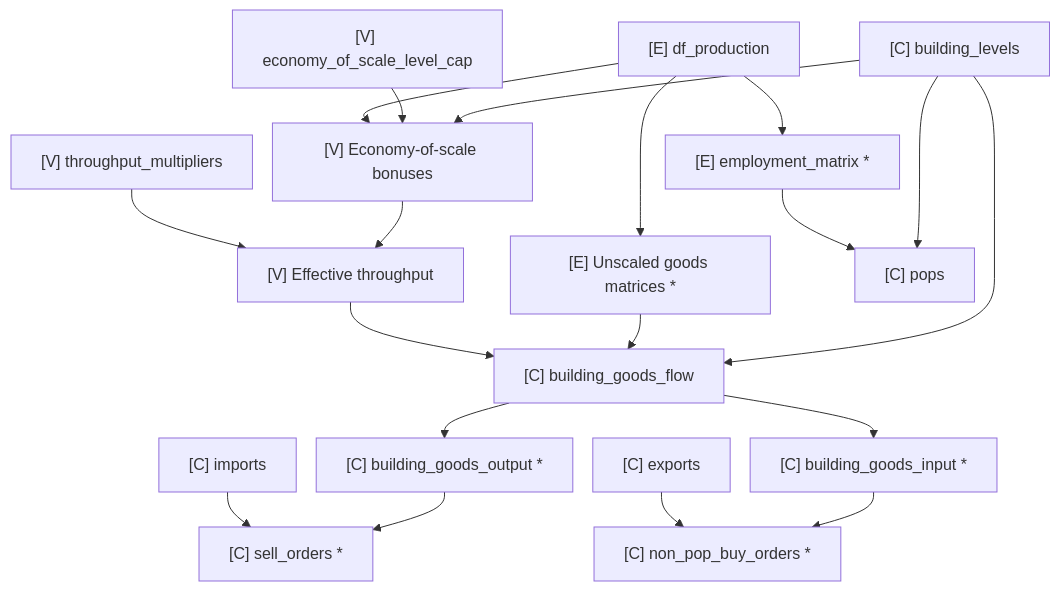
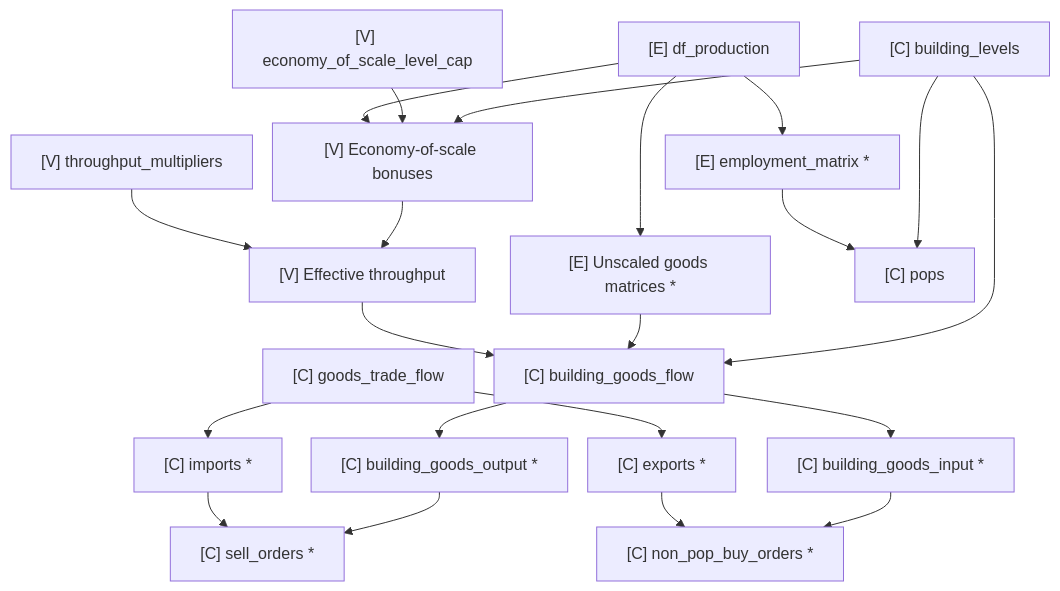
The first of 4 diagrams in docs/design/economy-dependencies.md (ShabbyGayBar/victoria3-analysis), drawn with Mermaid before and after one commit. The commit also changed 18 other files, not shown here.

Commit message:
refactor: Refactor trade inputs into signed goods_trade_flow

````diff
--- a/docs/design/economy-dependencies.md
+++ b/docs/design/economy-dependencies.md
@@ -49,51 +49,53 @@
 ```mermaid
 ---
 config:
   flowchart:
     useMaxWidth: false
     nodeSpacing: 20
     rankSpacing: 35
   themeCSS: |
     .node.model rect { fill: var(--vic3-owner-economy) !important; }
     .node.context rect { fill: var(--vic3-owner-context) !important; }
     .node.variable rect { fill: var(--vic3-owner-variable) !important; }
     .node rect { stroke: var(--vic3-owner-border) !important; }
     .nodeLabel { color: var(--vic3-owner-text) !important; }
     .flowchart-link { stroke: var(--vic3-owner-edge) !important; }
     marker path { fill: var(--vic3-owner-edge) !important; stroke: var(--vic3-owner-edge) !important; }
     .edgeLabel, .edgeLabel p { color: var(--vic3-owner-text) !important; background: var(--md-default-bg-color) !important; }
 ---
 flowchart TD
     DP["[E] df_production"]:::model
     PC["[E] Unscaled goods matrices *"]:::model
     EM["[E] employment_matrix *"]:::model
     DP --> PC
     DP --> EM
 
     L["[C] building_levels"]:::context
     CAP["[V] economy_of_scale_level_cap"]:::variable
     TM["[V] throughput_multipliers"]:::variable
 
     L --> EOS["[V] Economy-of-scale bonuses"]:::variable
     CAP --> EOS
     DP --> EOS
     EOS --> T["[V] Effective throughput"]:::variable
     TM --> T
 
     L --> F["[C] building_goods_flow"]:::context
     PC --> F
     T --> F
 
     F --> GI["[C] building_goods_input *"]:::context
     F --> GO["[C] building_goods_output *"]:::context
 
     GO --> SELL["[C] sell_orders *"]:::context
-    IM["[C] imports"]:::context --> SELL
+    TF["[C] goods_trade_flow"]:::context --> IM["[C] imports *"]:::context
+    IM --> SELL
 
     GI --> NP["[C] non_pop_buy_orders *"]:::context
-    EX["[C] exports"]:::context --> NP
+    TF --> EX["[C] exports *"]:::context
+    EX --> NP
 
     L --> N["[C] pops"]:::context
     EM --> N
 
 ```
````
